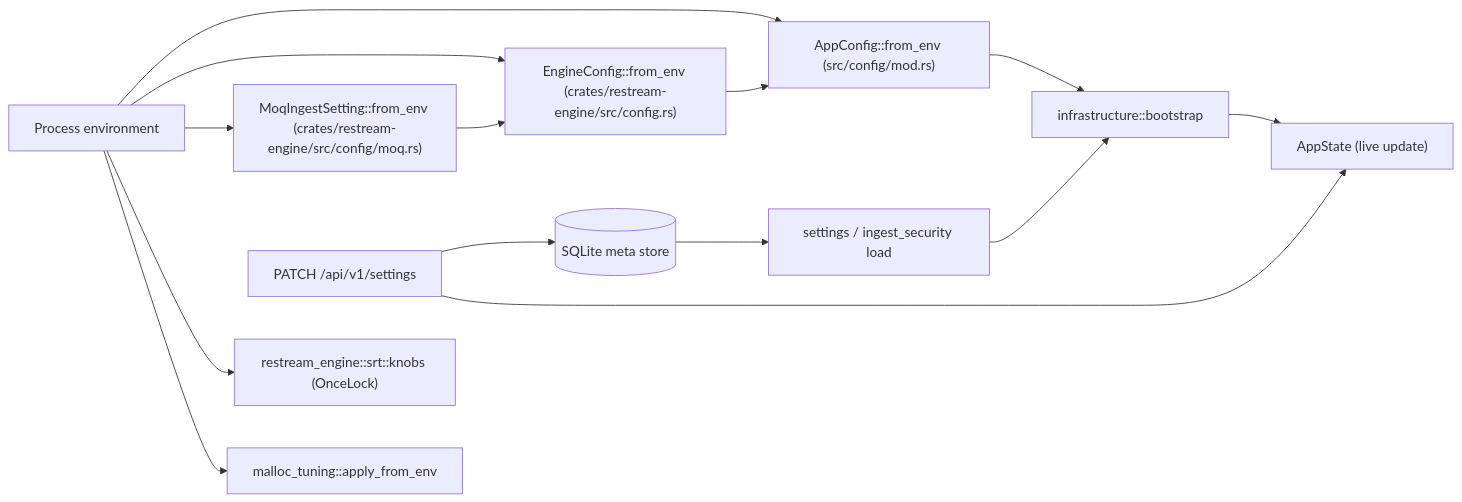
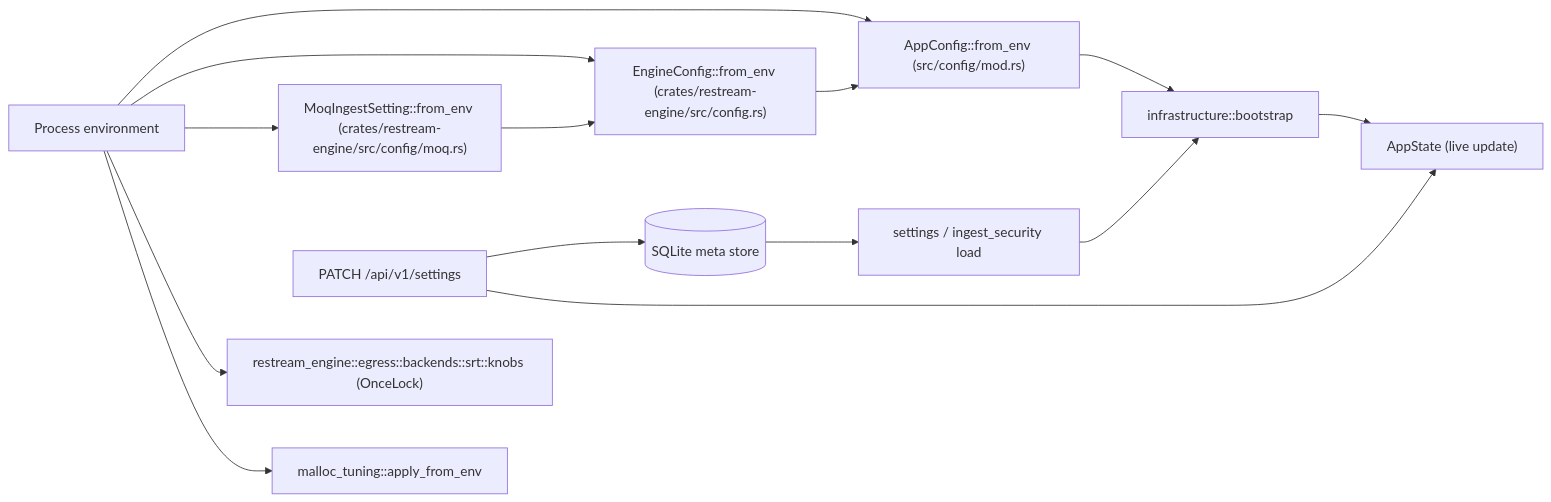
The diagram in docs/configuration.md (krsna1729/restream), drawn with Mermaid before and after one commit. The commit also changed other lines of this file and 11 other files, not shown here.

First line of the commit message:
refactor(engine): move SRT egress protocol files under egress (Q-123 slice 2) (#760)

````diff
--- a/docs/configuration.md
+++ b/docs/configuration.md
@@ -26,16 +26,16 @@
 ```mermaid
 flowchart LR
     env[Process environment] --> from_env["AppConfig::from_env (src/config/mod.rs)"]
     env --> engine["EngineConfig::from_env (crates/restream-engine/src/config.rs)"]
     env --> moq["MoqIngestSetting::from_env (crates/restream-engine/src/config/moq.rs)"]
-    env --> knobs["restream_engine::srt::knobs (OnceLock)"]
+    env --> knobs["restream_engine::egress::backends::srt::knobs (OnceLock)"]
     env --> malloc["malloc_tuning::apply_from_env"]
     moq --> engine
     engine --> from_env
     from_env --> boot["infrastructure::bootstrap"]
     db[(SQLite meta store)] --> settings["settings / ingest_security load"]
     settings --> boot
     api["PATCH /api/v1/settings"] --> db
     api --> state["AppState (live update)"]
     boot --> state
 ```
````
